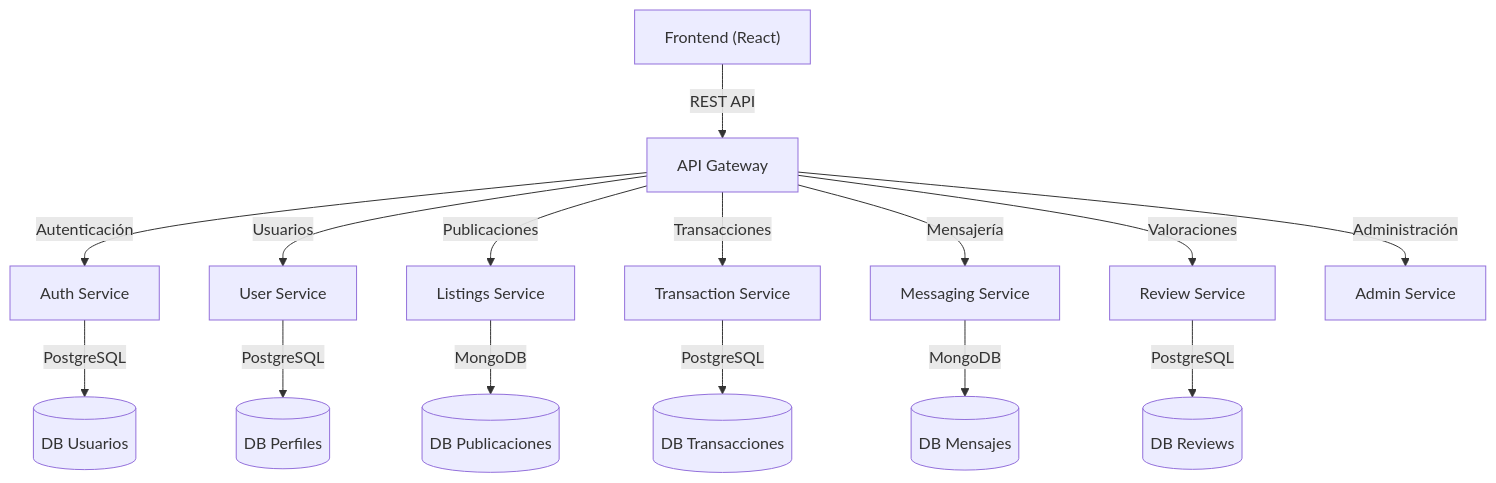
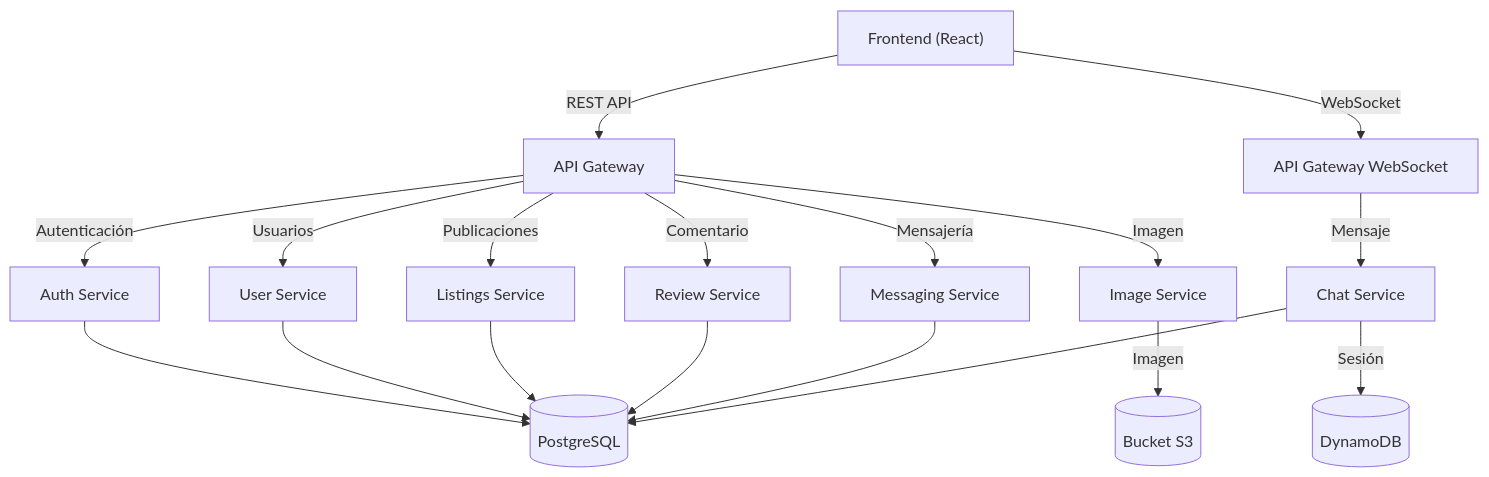
Before and after one commit to felifranco/unimarket: the diagram in docs/architecture.md, drawn with Mermaid. The commit also changed 2 other files, not shown here.

Commit message:
fix: Frontend - Chat

````diff
--- a/docs/architecture.md
+++ b/docs/architecture.md
@@ -166,18 +166,22 @@
 ```mermaid
 graph TD;
   A["Frontend (React)"] -->|REST API| B[API Gateway]
+  A --> |WebSocket| L[API Gateway WebSocket]
   B -->|Autenticación| C[Auth Service]
   B -->|Usuarios| D[User Service]
   B -->|Publicaciones| E[Listings Service]
-  B -->|Transacciones| F[Transaction Service]
-  B -->|Mensajería| G[Messaging Service]
-  B -->|Valoraciones| H[Review Service]
-  B -->|Administración| I[Admin Service]
-  C -->|PostgreSQL| J[(DB Usuarios)]
-  D -->|PostgreSQL| K[(DB Perfiles)]
-  E -->|MongoDB| L[(DB Publicaciones)]
-  F -->|PostgreSQL| M[(DB Transacciones)]
-  G -->|MongoDB| N[(DB Mensajes)]
-  H -->|PostgreSQL| O[(DB Reviews)]
+  B -->|Comentario| G[Review Service]
+  B -->|Mensajería| H[Messaging Service]
+  B -->|Imagen| K[Image Service]
+  C --> J[(PostgreSQL)]
+  D --> J
+  E --> J
+  G --> J
+  H --> J
+  L -->|Mensaje| M[Chat Service]
+  M --> J
+  M -->|Sesión| N[(DynamoDB)]
+  K -->|Imagen| O[(Bucket S3)]
+    
 
 ```
````
